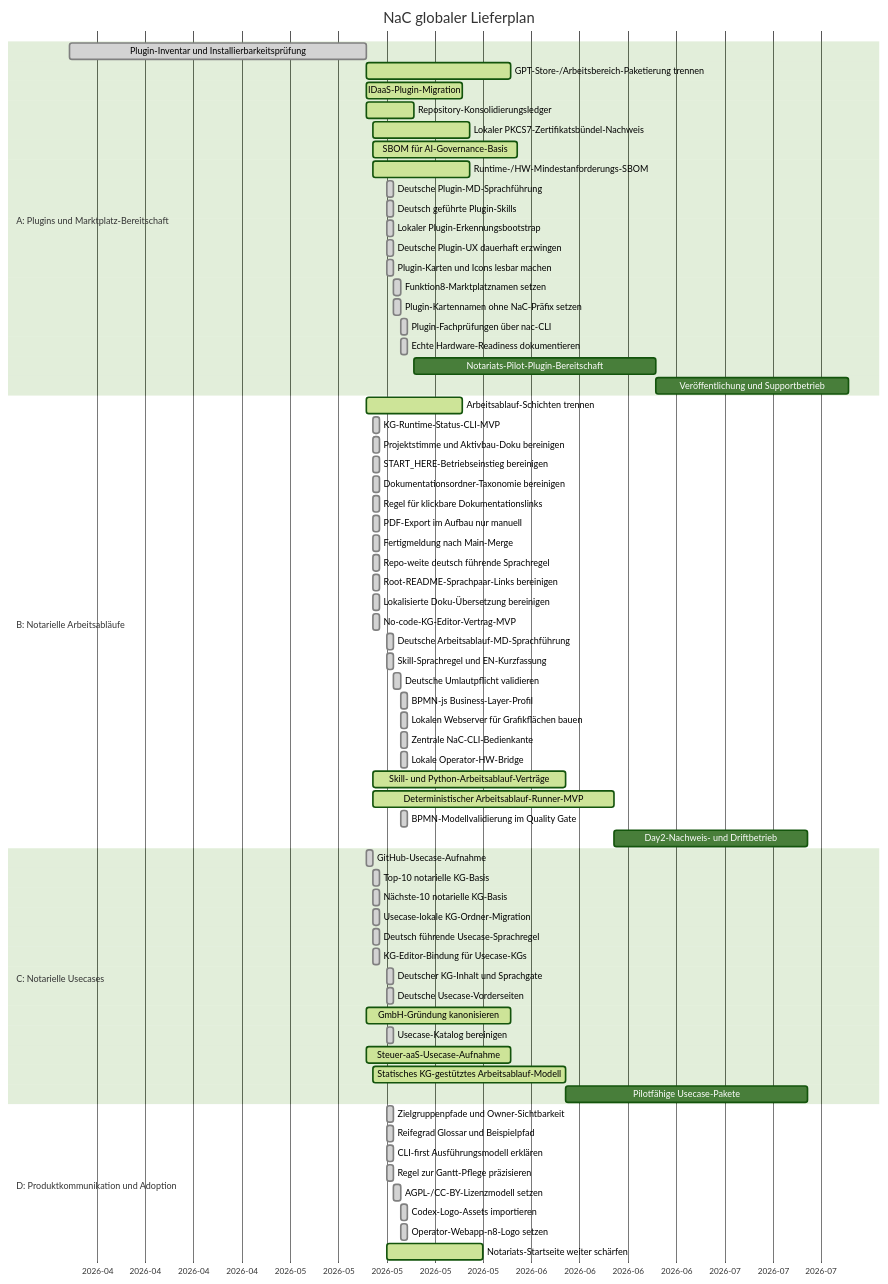
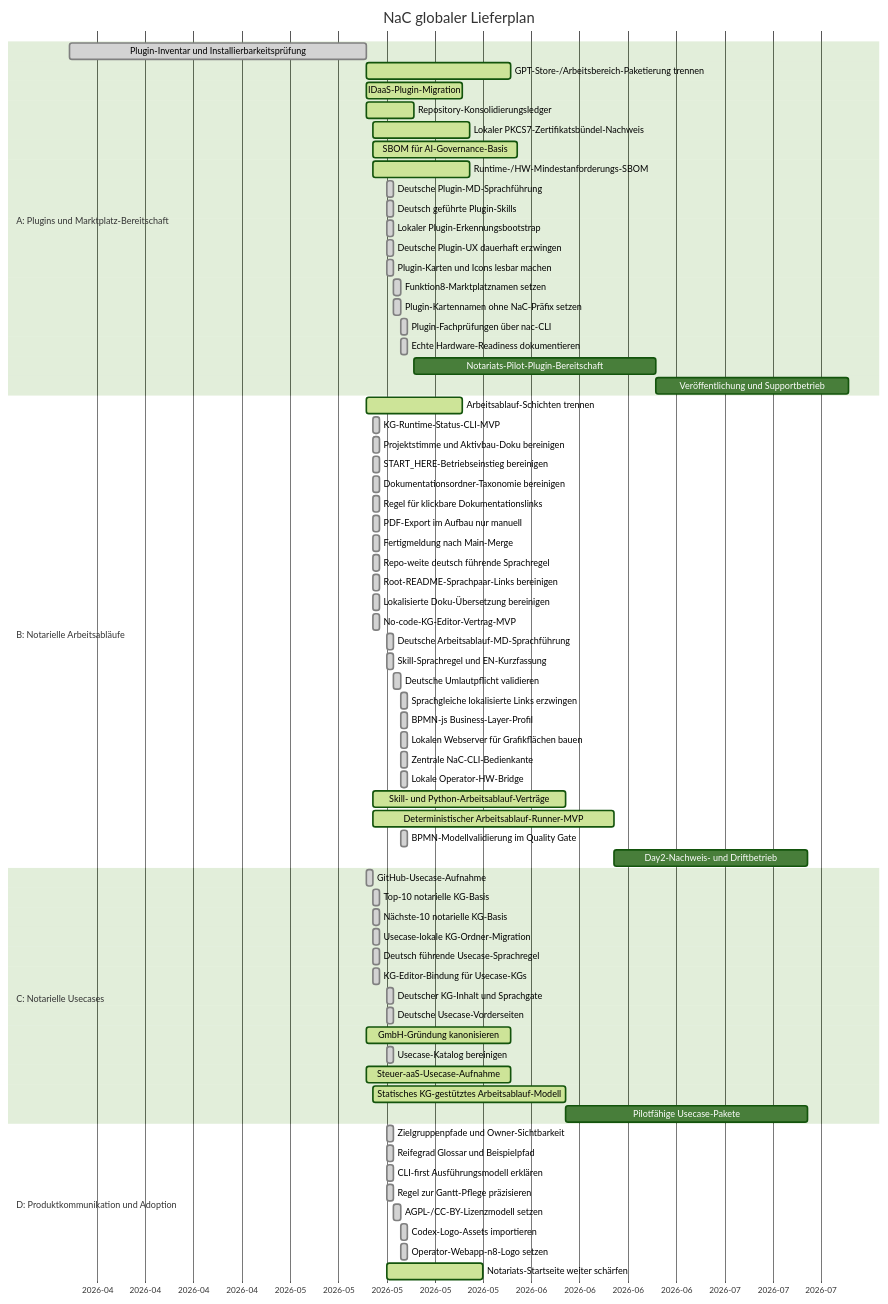
The diagram in roadmap/GANTT.md (notariat8/NaC), drawn with Mermaid (forest theme) before and after one commit. The commit also changed other lines of this file and 18 other files, not shown here.

````diff
--- a/roadmap/GANTT.md
+++ b/roadmap/GANTT.md
@@ -14,76 +14,77 @@
 ```mermaid
 gantt
     title NaC globaler Lieferplan
     dateFormat  YYYY-MM-DD
     axisFormat  %Y-%m
 
     section A: Plugins und Marktplatz-Bereitschaft
     Plugin-Inventar und Installierbarkeitsprüfung :done, a1, 2026-04-01, 2026-05-14
     GPT-Store-/Arbeitsbereich-Paketierung trennen :active, a2, 2026-05-14, 21d
     IDaaS-Plugin-Migration                       :active,  a3, 2026-05-14, 14d
     Repository-Konsolidierungsledger             :active,  a4, 2026-05-14, 7d
     Lokaler PKCS7-Zertifikatsbündel-Nachweis    :active,  a4a, 2026-05-15, 14d
     SBOM für AI-Governance-Basis                :active,  a4b, 2026-05-15, 21d
     Runtime-/HW-Mindestanforderungs-SBOM         :active,  a4c, 2026-05-15, 14d
     Deutsche Plugin-MD-Sprachführung            :done,    a4d, 2026-05-17, 1d
     Deutsch geführte Plugin-Skills              :done,    a4e, 2026-05-17, 1d
     Lokaler Plugin-Erkennungsbootstrap           :done,    a4f, 2026-05-17, 1d
     Deutsche Plugin-UX dauerhaft erzwingen       :done,    a4g, 2026-05-17, 1d
     Plugin-Karten und Icons lesbar machen        :done,    a4h, 2026-05-17, 1d
     Funktion8-Marktplatznamen setzen             :done,    a4i, 2026-05-18, 1d
     Plugin-Kartennamen ohne NaC-Präfix setzen    :done,    a4j, 2026-05-18, 1d
     Plugin-Fachprüfungen über nac-CLI            :done,    a4k, 2026-05-19, 1d
     Echte Hardware-Readiness dokumentieren       :done,    a4l, 2026-05-19, 1d
     Notariats-Pilot-Plugin-Bereitschaft          :         a5, after a4, 35d
     Veröffentlichung und Supportbetrieb         :         a6, after a5, 28d
 
     section B: Notarielle Arbeitsabläufe
     Arbeitsablauf-Schichten trennen              :active,  b1, 2026-05-14, 14d
     KG-Runtime-Status-CLI-MVP                    :done,    b1a, 2026-05-15, 1d
     Projektstimme und Aktivbau-Doku bereinigen   :done,    b1b, 2026-05-15, 1d
     START_HERE-Betriebseinstieg bereinigen       :done,    b1c, 2026-05-15, 1d
     Dokumentationsordner-Taxonomie bereinigen    :done,    b1d, 2026-05-15, 1d
     Regel für klickbare Dokumentationslinks     :done,    b1e, 2026-05-15, 1d
     PDF-Export im Aufbau nur manuell             :done,    b1f, 2026-05-15, 1d
     Fertigmeldung nach Main-Merge                :done,    b1g, 2026-05-15, 1d
     Repo-weite deutsch führende Sprachregel     :done,    b1h, 2026-05-15, 1d
     Root-README-Sprachpaar-Links bereinigen      :done,    b1i, 2026-05-15, 1d
     Lokalisierte Doku-Übersetzung bereinigen    :done,    b1j, 2026-05-15, 1d
     No-code-KG-Editor-Vertrag-MVP                :done,    b1k, 2026-05-15, 1d
     Deutsche Arbeitsablauf-MD-Sprachführung     :done,    b1l, 2026-05-17, 1d
     Skill-Sprachregel und EN-Kurzfassung         :done,    b1m, 2026-05-17, 1d
     Deutsche Umlautpflicht validieren            :done,    b1n, 2026-05-18, 1d
+    Sprachgleiche lokalisierte Links erzwingen   :done,    b1na, 2026-05-19, 1d
     BPMN-js Business-Layer-Profil                :done,    b1o, 2026-05-19, 1d
     Lokalen Webserver für Grafikflächen bauen   :done,    b1p, 2026-05-19, 1d
     Zentrale NaC-CLI-Bedienkante                 :done,    b1q, 2026-05-19, 1d
     Lokale Operator-HW-Bridge                    :done,    b1r, 2026-05-19, 1d
     Skill- und Python-Arbeitsablauf-Verträge    :active,  b2, 2026-05-15, 28d
     Deterministischer Arbeitsablauf-Runner-MVP   :active,  b3, 2026-05-15, 35d
     BPMN-Modellvalidierung im Quality Gate       :done,    b3a, 2026-05-19, 1d
     Day2-Nachweis- und Driftbetrieb              :         b4, after b3, 28d
 
     section C: Notarielle Usecases
     GitHub-Usecase-Aufnahme                      :done,    c1, 2026-05-14, 1d
     Top-10 notarielle KG-Basis                   :done,    c2, 2026-05-15, 1d
     Nächste-10 notarielle KG-Basis              :done,    c3, 2026-05-15, 1d
     Usecase-lokale KG-Ordner-Migration           :done,    c3a, 2026-05-15, 1d
     Deutsch führende Usecase-Sprachregel        :done,    c3b, 2026-05-15, 1d
     KG-Editor-Bindung für Usecase-KGs           :done,    c3c, 2026-05-15, 1d
     Deutscher KG-Inhalt und Sprachgate           :done,    c3d, 2026-05-17, 1d
     Deutsche Usecase-Vorderseiten                :done,    c3e, 2026-05-17, 1d
     GmbH-Gründung kanonisieren                  :active,  c4, 2026-05-14, 21d
     Usecase-Katalog bereinigen                 :done,    c5, 2026-05-17, 1d
     Steuer-aaS-Usecase-Aufnahme                  :active,  c6, 2026-05-14, 21d
     Statisches KG-gestütztes Arbeitsablauf-Modell :active, c7, 2026-05-15, 28d
     Pilotfähige Usecase-Pakete                  :         c8, after c7, 35d
 
     section D: Produktkommunikation und Adoption
     Zielgruppenpfade und Owner-Sichtbarkeit      :done,    d1, 2026-05-17, 1d
     Reifegrad Glossar und Beispielpfad           :done,    d1a, 2026-05-17, 1d
     CLI-first Ausführungsmodell erklären       :done,    d1b, 2026-05-17, 1d
     Regel zur Gantt-Pflege präzisieren         :done,    d1c, 2026-05-17, 1d
     AGPL-/CC-BY-Lizenzmodell setzen              :done,    d1d, 2026-05-18, 1d
     Codex-Logo-Assets importieren                :done,    d1e, 2026-05-19, 1d
     Operator-Webapp-n8-Logo setzen               :done,    d1f, 2026-05-19, 1d
     Notariats-Startseite weiter schärfen        :active,  d2, 2026-05-17, 14d
 ```
````
